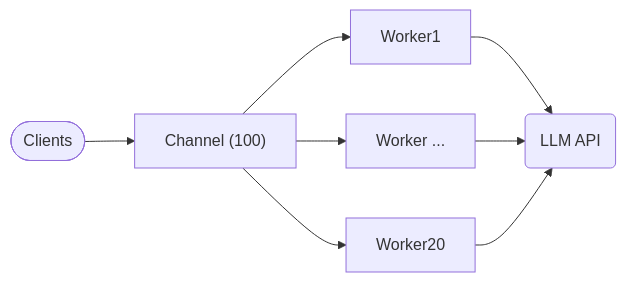
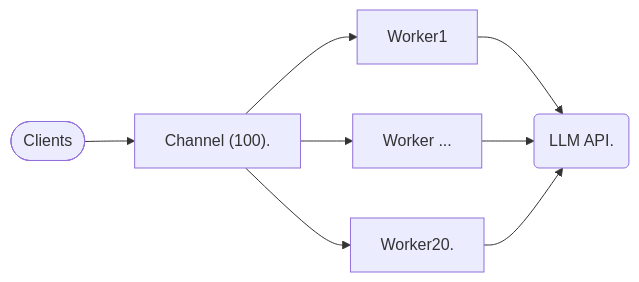
One commit to g4s8/gdf-am-2025 changed the fifth of 5 diagrams in site/content/_index.md. Above: the diagram before and after it, drawn with Mermaid. The commit also changed other lines of this file, not shown here.

```diff
--- a/site/content/_index.md
+++ b/site/content/_index.md
@@ -386,15 +386,15 @@
 {{< mermaid >}}
 graph LR
-    A(["Clients"])
-    F("LLM API")
+    A(["Clients "])
+    F("LLM API. ")
 
-    A --> B["Channel  (100)"]
+    A --> B["Channel  (100). "]
 
-    B --> C["Worker1"]
-    B --> D["Worker ..."]
-    B --> E["Worker20"]
+    B --> C["Worker1  "]
+    B --> D["Worker ...  "]
+    B --> E["Worker20. "]
 
     C --> F
     D --> F
     E --> F
 {{< /mermaid >}}
```
